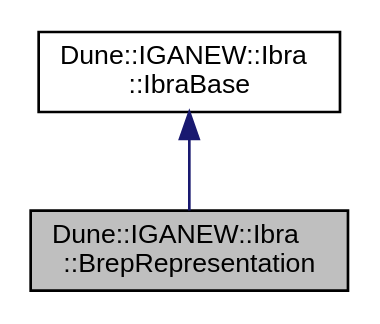
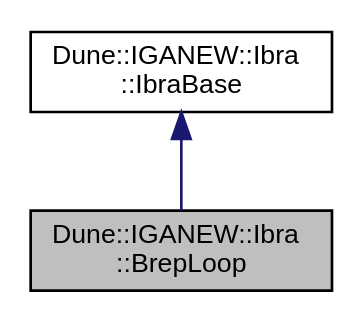
One commit to rath3t/dune-iga-doc changed the diagram in dc/ded/a01290.dot. Above: the diagram before and after it, drawn with Graphviz. The commit also changed 1308 other files, not shown here.

```diff
--- a/dc/ded/a01290.dot
+++ b/dc/ded/a01290.dot
@@ -1,9 +1,9 @@
-digraph "Dune::IGANEW::Ibra::BrepRepresentation"
+digraph "Dune::IGANEW::Ibra::BrepLoop"
 {
  // LATEX_PDF_SIZE
   edge [fontname="Helvetica",fontsize="10",labelfontname="Helvetica",labelfontsize="10"];
   node [fontname="Helvetica",fontsize="10",shape=record];
-  Node1 [label="Dune::IGANEW::Ibra\l::BrepRepresentation",height=0.2,width=0.4,color="black", fillcolor="grey75", style="filled", fontcolor="black",tooltip=" "];
+  Node1 [label="Dune::IGANEW::Ibra\l::BrepLoop",height=0.2,width=0.4,color="black", fillcolor="grey75", style="filled", fontcolor="black",tooltip=" "];
   Node2 -> Node1 [dir="back",color="midnightblue",fontsize="10",style="solid",fontname="Helvetica"];
-  Node2 [label="Dune::IGANEW::Ibra\l::IbraBase",height=0.2,width=0.4,color="black", fillcolor="white", style="filled",URL="$d4/d41/a01267.html",tooltip=" "];
+  Node2 [label="Dune::IGANEW::Ibra\l::IbraBase",height=0.2,width=0.4,color="black", fillcolor="white", style="filled",URL="$dd/d39/a01271.html",tooltip=" "];
 }
```
